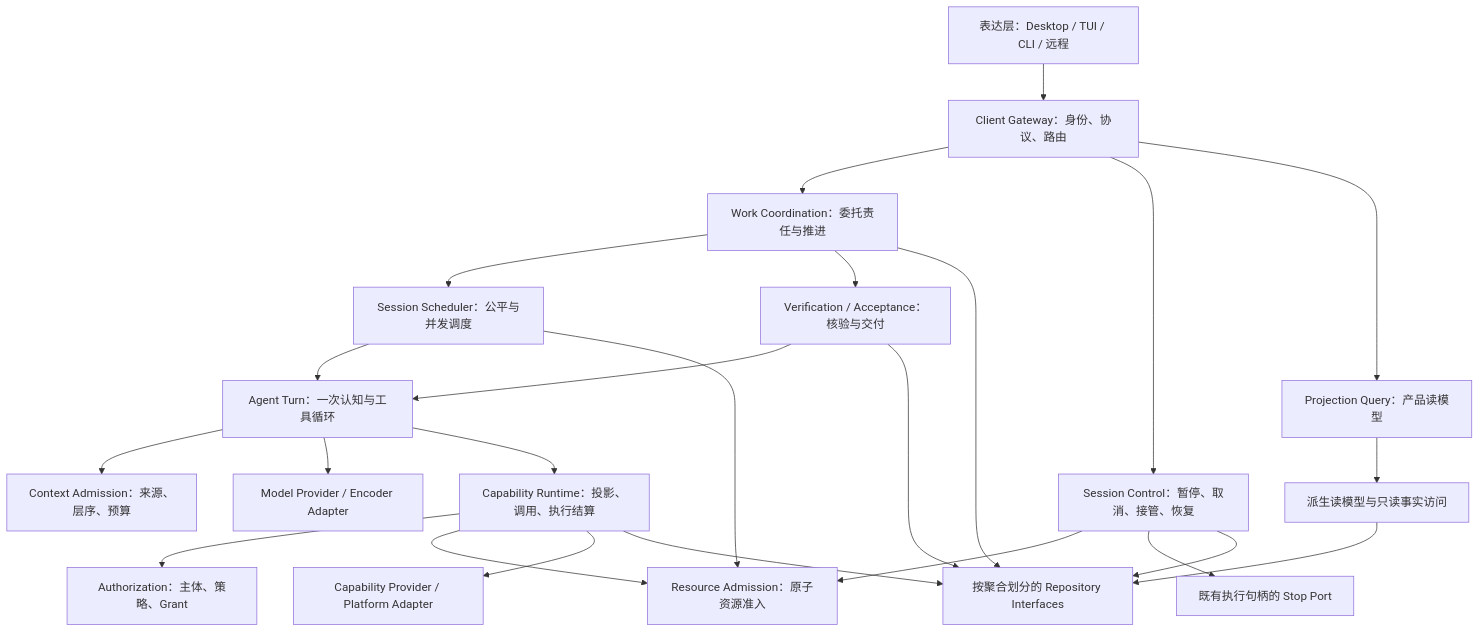
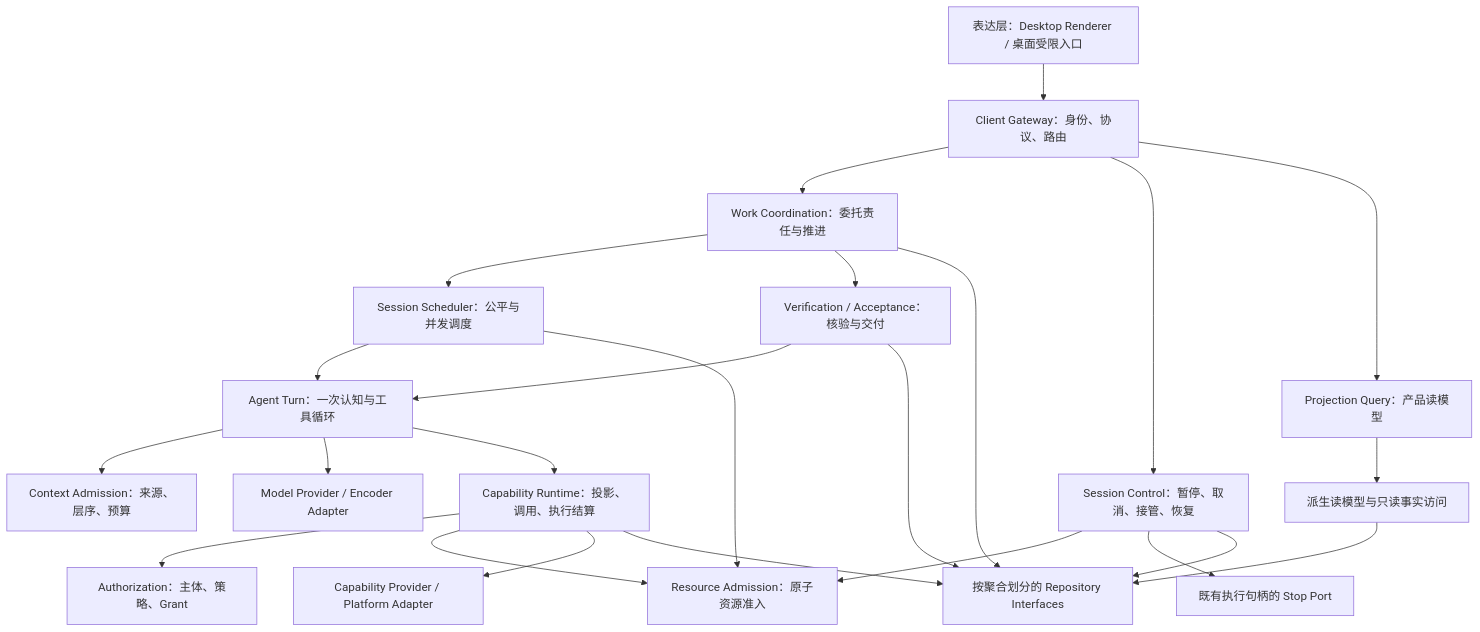
One commit to ly-ccx/Peer-Knowledge changed the first of 2 diagrams in knowledge/architecture/local-agent-system-blueprint.md. Above: the diagram before and after it, drawn with Mermaid. The commit also changed other lines of this file and 10 other files, not shown here.

````diff
--- a/knowledge/architecture/local-agent-system-blueprint.md
+++ b/knowledge/architecture/local-agent-system-blueprint.md
@@ -48,26 +51,26 @@
 ```mermaid
 flowchart TB
-  UI[表达层：Desktop / TUI / CLI / 远程] --> GW[Client Gateway：身份、协议、路由]
+  UI[表达层：Desktop Renderer / 桌面受限入口] --> GW[Client Gateway：身份、协议、路由]
   GW --> WC[Work Coordination：委托责任与推进]
   GW --> CT[Session Control：暂停、取消、接管、恢复]
   GW --> Q[Projection Query：产品读模型]
   WC --> SC[Session Scheduler：公平与并发调度]
   WC --> VA[Verification / Acceptance：核验与交付]
   SC --> TE[Agent Turn：一次认知与工具循环]
   VA --> TE
   TE --> CX[Context Admission：来源、层序、预算]
   TE --> MP[Model Provider / Encoder Adapter]
   TE --> CE[Capability Runtime：投影、调用、执行结算]
   CE --> AU[Authorization：主体、策略、Grant]
   CE --> RA[Resource Admission：原子资源准入]
   SC --> RA
   CT --> RA
   CT --> STOP[既有执行句柄的 Stop Port]
   CE --> PA[Capability Provider / Platform Adapter]
   WC --> REPO[按聚合划分的 Repository Interfaces]
   CT --> REPO
   VA --> REPO
   CE --> REPO
   Q --> RM[派生读模型与只读事实访问]
   RM --> REPO
 ```
````
